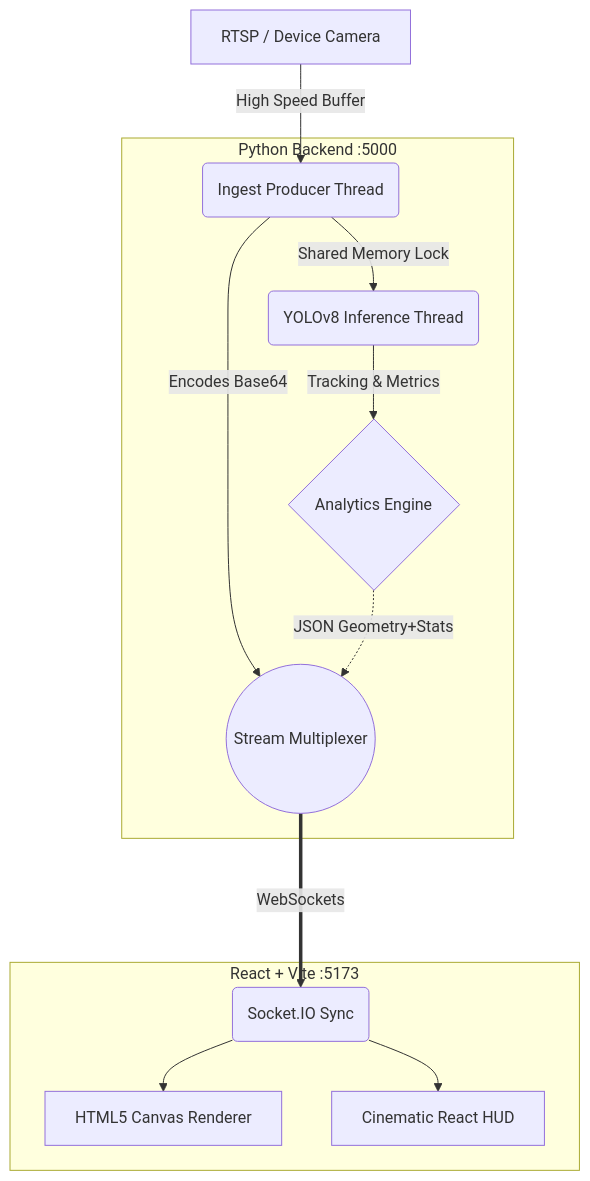
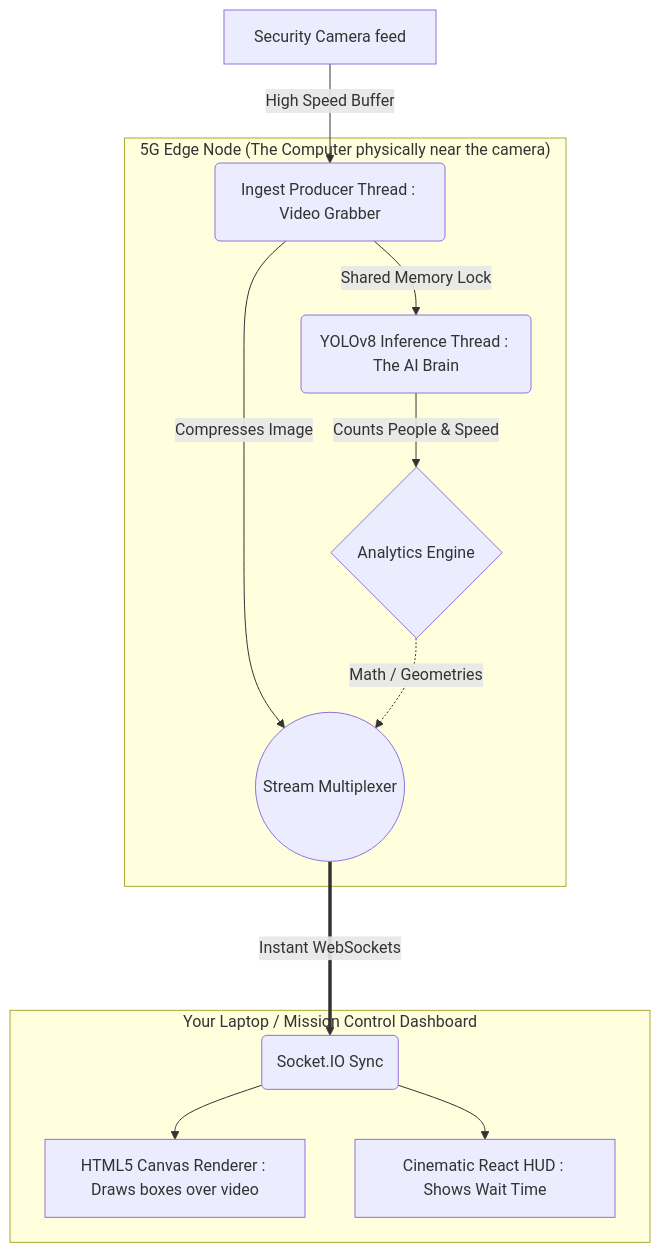
One commit to ojas4414/5G_Usecase changed the diagram in README.md. Above: the diagram before and after it, drawn with Mermaid. The commit also changed other lines of this file, not shown here.

````diff
--- a/README.md
+++ b/README.md
@@ -47,17 +65,17 @@
 ```mermaid
 graph TD
-    A[RTSP / Device Camera] -->|High Speed Buffer| B(Ingest Producer Thread)
-    B -->|Shared Memory Lock| C(YOLOv8 Inference Thread)
+    A[Security Camera feed] -->|High Speed Buffer| B(Ingest Producer Thread : Video Grabber)
+    B -->|Shared Memory Lock| C(YOLOv8 Inference Thread : The AI Brain)
     
-    subgraph 5G Edge Node [Python Backend :5000]
-        B -->|Encodes Base64| E((Stream Multiplexer))
-        C -->|Tracking & Metrics| D{Analytics Engine}
-        D -.-> |JSON Geometry+Stats| E
+    subgraph "5G Edge Node (The Computer physically near the camera)"
+        B -->|Compresses Image| E((Stream Multiplexer))
+        C -->|Counts People & Speed| D{Analytics Engine}
+        D -.-> |Math / Geometries| E
     end
 
-    subgraph Client Application [React + Vite :5173]
-        E ===>|WebSockets| F(Socket.IO Sync)
-        F --> G[HTML5 Canvas Renderer]
-        F --> H[Cinematic React HUD]
+    subgraph "Your Laptop / Mission Control Dashboard"
+        E ===>|Instant WebSockets| F(Socket.IO Sync)
+        F --> G[HTML5 Canvas Renderer : Draws boxes over video]
+        F --> H[Cinematic React HUD : Shows Wait Time]
     end
 ```
````
